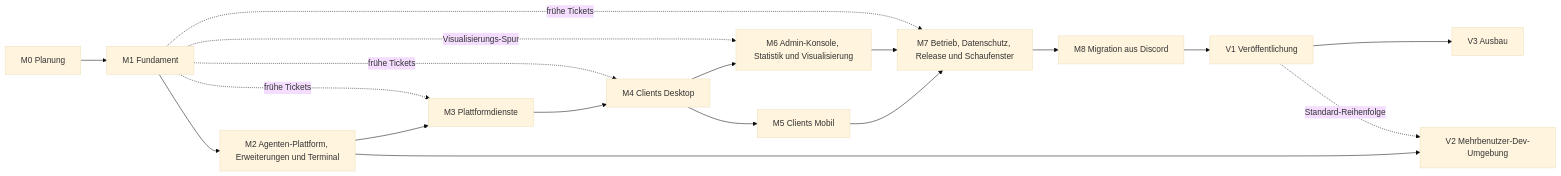
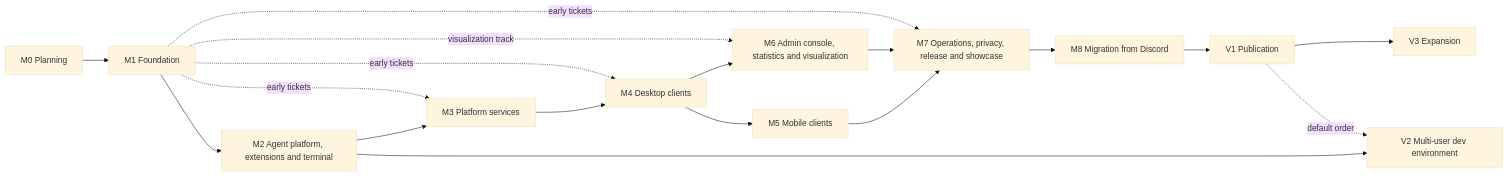
Before and after one commit to mguttmann/bothy: the diagram in docs/PLAN.md, drawn with Mermaid (base theme). The commit also changed other lines of this file and 84 other files, not shown here.

First line of the commit message:
docs(plan): translate the plan, risks, open questions, roadmap and briefs to English

````diff
--- a/docs/PLAN.md
+++ b/docs/PLAN.md
@@ -82,20 +82,20 @@
 ```mermaid
 flowchart LR
-  M0["M0 Planung"] --> M1["M1 Fundament"]
-  M1 --> M2["M2 Agenten-Plattform, Erweiterungen und Terminal"]
-  M2 --> M3["M3 Plattformdienste"]
-  M3 --> M4["M4 Clients Desktop"]
-  M4 --> M5["M5 Clients Mobil"]
-  M4 --> M6["M6 Admin-Konsole, Statistik und Visualisierung"]
-  M5 --> M7["M7 Betrieb, Datenschutz, Release und Schaufenster"]
+  M0["M0 Planning"] --> M1["M1 Foundation"]
+  M1 --> M2["M2 Agent platform, extensions and terminal"]
+  M2 --> M3["M3 Platform services"]
+  M3 --> M4["M4 Desktop clients"]
+  M4 --> M5["M5 Mobile clients"]
+  M4 --> M6["M6 Admin console, statistics and visualization"]
+  M5 --> M7["M7 Operations, privacy, release and showcase"]
   M6 --> M7
-  M7 --> M8["M8 Migration aus Discord"]
-  M8 --> V1["V1 Veröffentlichung"]
-  V1 --> V3["V3 Ausbau"]
-  M2 --> V2["V2 Mehrbenutzer-Dev-Umgebung"]
-  V1 -. "Standard-Reihenfolge" .-> V2
-  M1 -. "frühe Tickets" .-> M3
-  M1 -. "frühe Tickets" .-> M4
-  M1 -. "frühe Tickets" .-> M7
-  M1 -. "Visualisierungs-Spur" .-> M6
+  M7 --> M8["M8 Migration from Discord"]
+  M8 --> V1["V1 Publication"]
+  V1 --> V3["V3 Expansion"]
+  M2 --> V2["V2 Multi-user dev environment"]
+  V1 -. "default order" .-> V2
+  M1 -. "early tickets" .-> M3
+  M1 -. "early tickets" .-> M4
+  M1 -. "early tickets" .-> M7
+  M1 -. "visualization track" .-> M6
 ```
````
